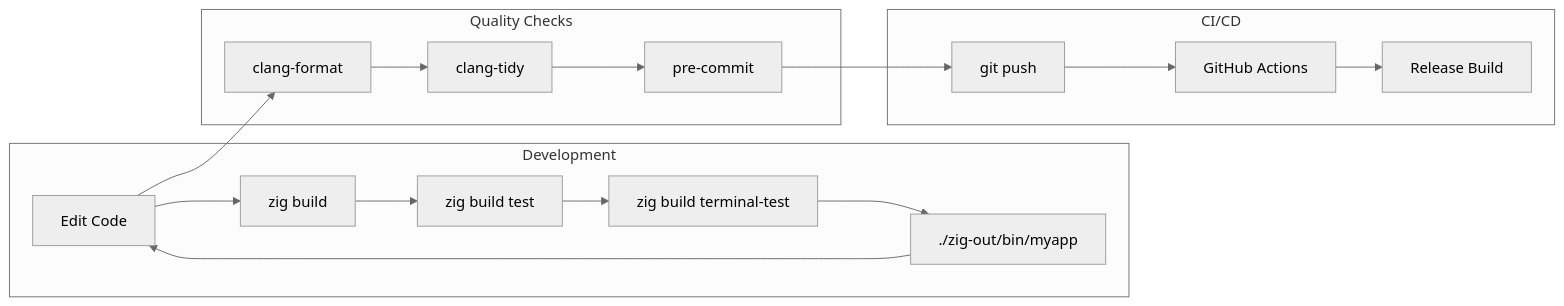
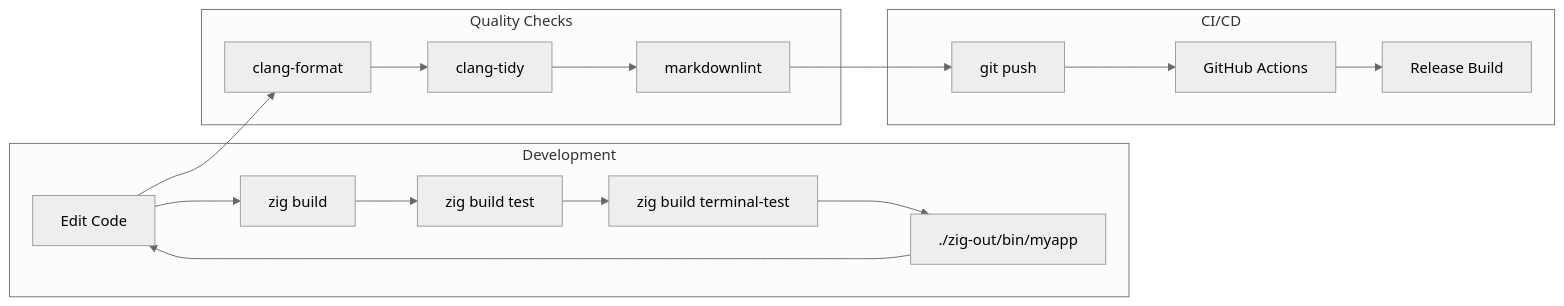
The seventh of 7 diagrams in docs/ARCHITECTURE.md (sammyjoyce/c23-cli-template), drawn with Mermaid (neutral theme) before and after one commit. The commit also changed 23 other files, not shown here.

````diff
--- a/docs/ARCHITECTURE.md
+++ b/docs/ARCHITECTURE.md
@@ -307,36 +307,36 @@
 ```mermaid
 graph LR
     subgraph "Development"
         EDIT[Edit Code]
         BUILD[zig build]
         TEST[zig build test]
         TERMTEST[zig build terminal-test]
         RUN[./zig-out/bin/myapp]
     end
 
     subgraph "Quality Checks"
         FORMAT[clang-format]
         LINT[clang-tidy]
-        PRECOMMIT[pre-commit]
+        MARKDOWN[markdownlint]
     end
 
     subgraph "CI/CD"
         PUSH[git push]
         CI[GitHub Actions]
         RELEASE[Release Build]
     end
 
     EDIT --> BUILD
     BUILD --> TEST
     TEST --> TERMTEST
     TERMTEST --> RUN
     RUN --> EDIT
 
     EDIT --> FORMAT
     FORMAT --> LINT
-    LINT --> PRECOMMIT
-    PRECOMMIT --> PUSH
+    LINT --> MARKDOWN
+    MARKDOWN --> PUSH
 
     PUSH --> CI
     CI --> RELEASE
 ```
````
